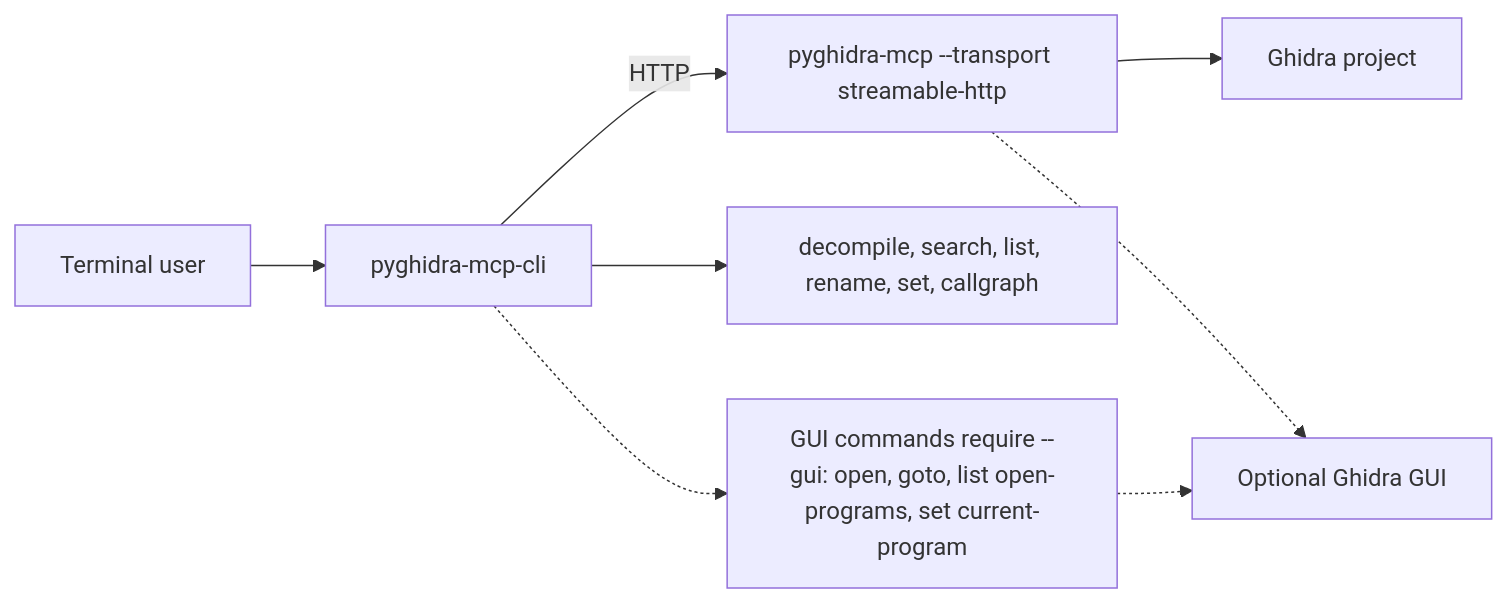
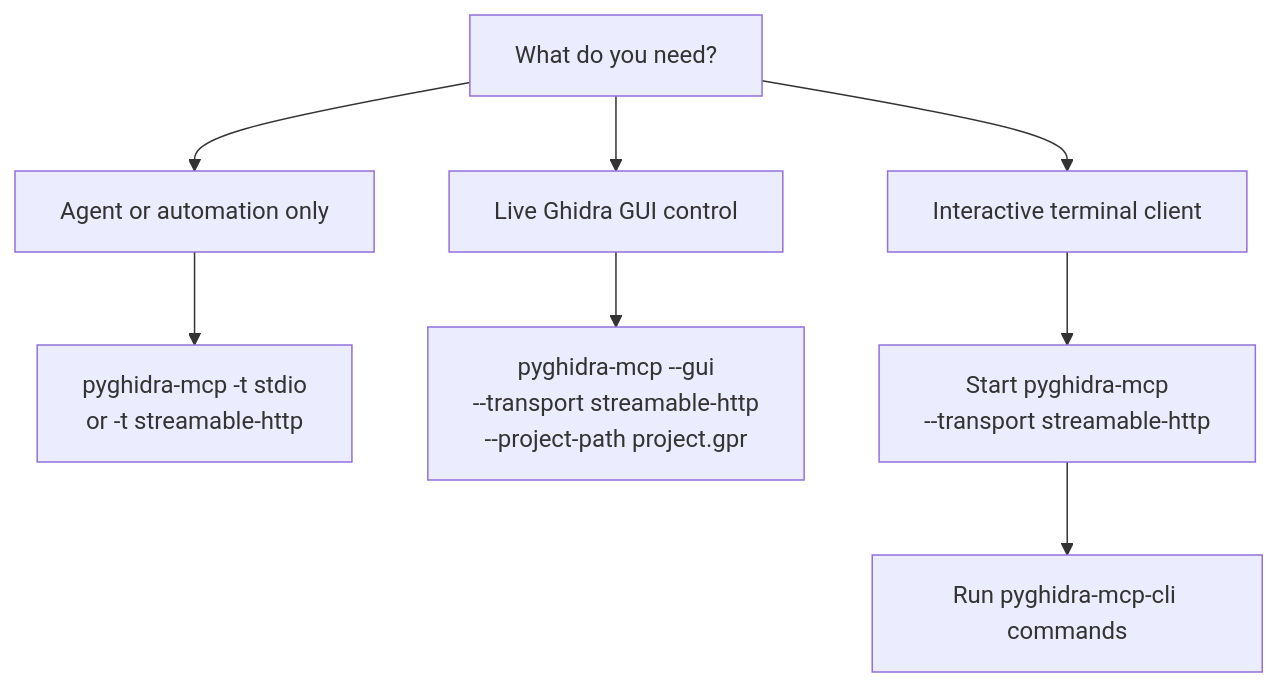
Before and after one commit to clearbluejar/pyghidra-mcp: the second of 3 diagrams in README.md, drawn with Mermaid. The commit also changed other lines of this file, not shown here.

````diff
--- a/README.md
+++ b/README.md
@@ -73,10 +81,12 @@
 ```mermaid
-flowchart LR
-    User["Terminal user"] --> CLI["pyghidra-mcp-cli"]
-    CLI -->|"HTTP"| Server["pyghidra-mcp --transport streamable-http"]
-    Server --> Project["Ghidra project"]
-    CLI --> Commands["decompile, search, list, rename, set, callgraph"]
-    CLI -.-> GuiCommands["GUI commands require --gui: open, goto, list open-programs, set current-program"]
-    Server -.-> GUI["Optional Ghidra GUI"]
-    GuiCommands -.-> GUI
+flowchart TD
+    Start["What do you need?"]
+    Start --> Headless["Agent or automation only"]
+    Start --> GuiNeed["Live Ghidra GUI control"]
+    Start --> Terminal["Interactive terminal client"]
+
+    Headless --> Stdio["pyghidra-mcp -t stdio<br/>or -t streamable-http"]
+    GuiNeed --> GuiMode["pyghidra-mcp --gui<br/>--transport streamable-http<br/>--project-path project.gpr"]
+    Terminal --> HttpServer["Start pyghidra-mcp<br/>--transport streamable-http"]
+    HttpServer --> CliMode["Run pyghidra-mcp-cli commands"]
 ```
````
